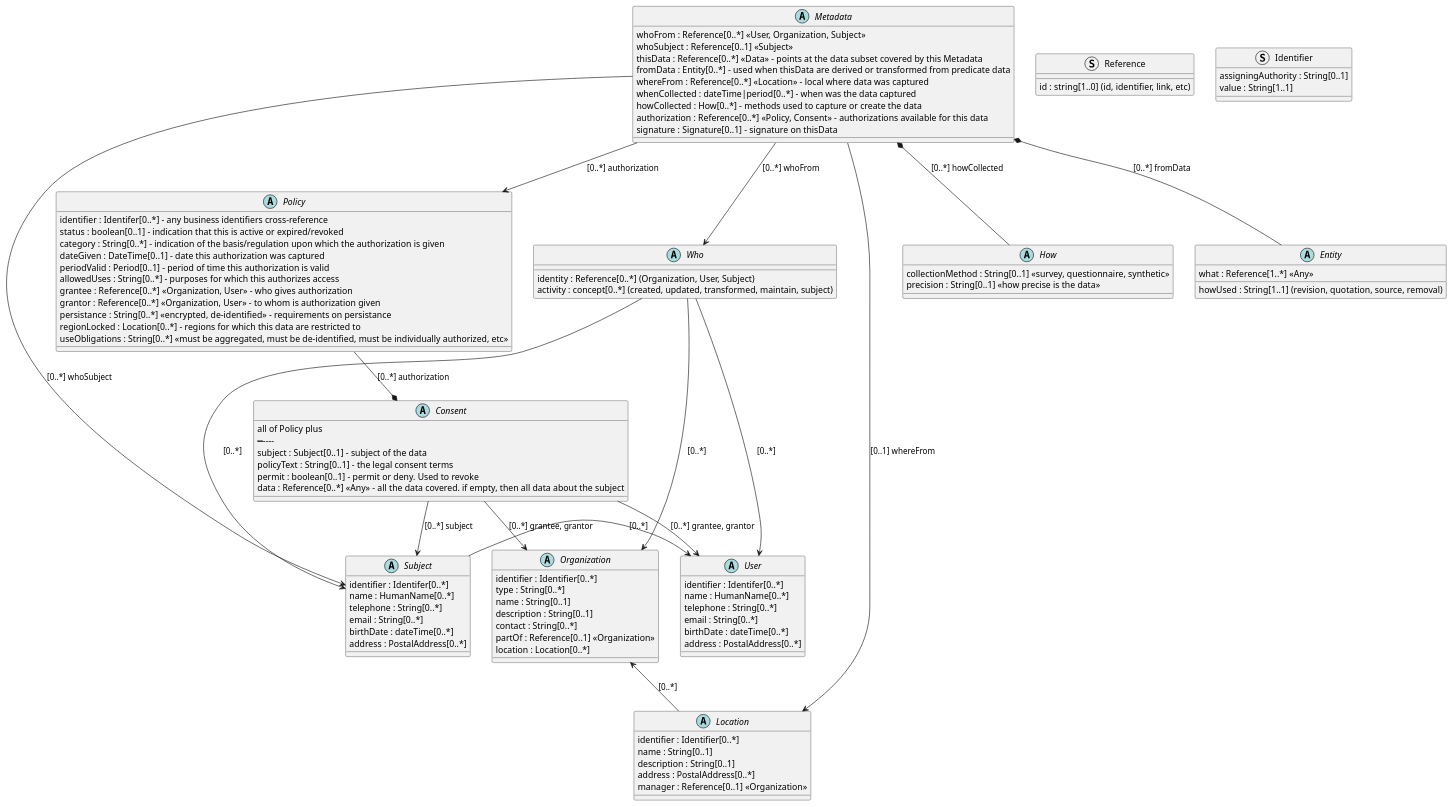
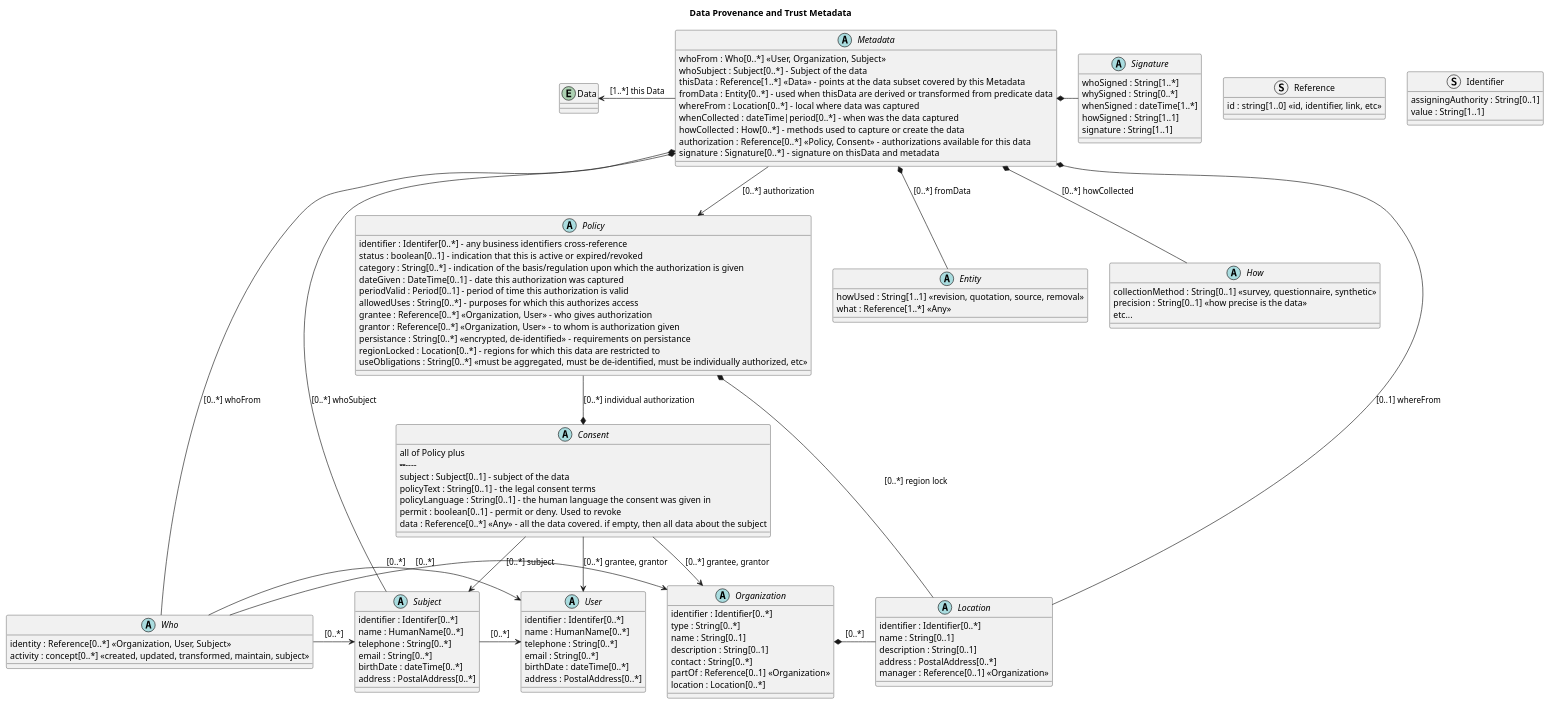
Before and after one commit to JohnMoehrke/Metadata: the diagram in metadata.plantuml, drawn with PlantUML. The commit also changed 3 other files, not shown here.

```diff
--- a/metadata.plantuml
+++ b/metadata.plantuml
@@ -1,115 +1,130 @@
-@startuml
+@startuml 
+title Data Provenance and Trust Metadata
 
 struct Reference {
-    id : string[1..0] (id, identifier, link, etc)
+    id : string[1..0] <<id, identifier, link, etc>>
 }
 
 struct Identifier { 
     assigningAuthority : String[0..1]
     value : String[1..1]
 }
 
+abstract class Signature {
+    whoSigned : String[1..*]
+    whySigned : String[0..*]
+    whenSigned : dateTime[1..*]
+    howSigned : String[1..1] 
+    signature : String[1..1] 
+}
+entity Data
+
 abstract class Metadata {
-  whoFrom : Reference[0..*] <<User, Organization, Subject>> 
-  whoSubject : Reference[0..1] <<Subject>>
-  thisData : Reference[0..*] <<Data>> - points at the data subset covered by this Metadata
+  whoFrom : Who[0..*] <<User, Organization, Subject>> 
+  whoSubject : Subject[0..*] - Subject of the data
+  thisData : Reference[1..*] <<Data>> - points at the data subset covered by this Metadata
   fromData : Entity[0..*] - used when thisData are derived or transformed from predicate data
-  whereFrom : Reference[0..*] <<Location>> - local where data was captured
+  whereFrom : Location[0..*] - local where data was captured
   whenCollected : dateTime|period[0..*] - when was the data captured
   howCollected : How[0..*] - methods used to capture or create the data
   authorization : Reference[0..*] <<Policy, Consent>> - authorizations available for this data
-  signature : Signature[0..1] - signature on thisData
+  signature : Signature[0..*] - signature on thisData and metadata
 }
-Metadata -down-> Who : [0..*] whoFrom
+Metadata *-down- Entity : [0..*] fromData
 Metadata *-down- How : [0..*] howCollected
-Metadata -down-> Subject : [0..*] whoSubject
-Metadata *-down- Entity : [0..*] fromData
-Policy -down-* Consent : [0..*] authorization
+Metadata *-down- Who : [0..*] whoFrom
+Metadata *-down- Subject : [0..*] whoSubject
 Metadata -down-> Policy : [0..*] authorization
-Metadata -down-> Location : [0..1] whereFrom
+Metadata *-down- Location : [0..1] whereFrom
+Metadata -left-> Data : [1..*] this Data
+Metadata *-right- Signature
 
 abstract class Who {
-    identity : Reference[0..*] (Organization, User, Subject)
-    activity : concept[0..*] (created, updated, transformed, maintain, subject)
+    identity : Reference[0..*] <<Organization, User, Subject>>
+    activity : concept[0..*] <<created, updated, transformed, maintain, subject>>
 }
+
 Who -> User : [0..*]
 Who -> Organization : [0..*]
 Who -> Subject : [0..*]
 
 abstract class User {
     identifier : Identifer[0..*]
     name : HumanName[0..*]
     telephone : String[0..*]
     email : String[0..*]
     birthDate : dateTime[0..*]
     address : PostalAddress[0..*]
 }
 
 abstract class Subject {
     identifier : Identifer[0..*]
     name : HumanName[0..*]
     telephone : String[0..*]
     email : String[0..*]
     birthDate : dateTime[0..*]
     address : PostalAddress[0..*]
 }
 Subject -> User : [0..*]
 
 abstract class Organization {
     identifier : Identifier[0..*]
     type : String[0..*]
     name : String[0..1]
     description : String[0..1]
     contact : String[0..*]
     partOf : Reference[0..1] <<Organization>>
     location : Location[0..*]
 }
-Organization <-down- Location : [0..*]
+Organization *- Location : [0..*]
 
 abstract class Location {
     identifier : Identifier[0..*]
     name : String[0..1]
     description : String[0..1]
     address : PostalAddress[0..*]
     manager : Reference[0..1] <<Organization>>
 }
 
 
 abstract class Entity {
-    howUsed : String[1..1] (revision, quotation, source, removal)
+    howUsed : String[1..1] <<revision, quotation, source, removal>>
     what : Reference[1..*] <<Any>>
 }
 
 abstract class How {
     collectionMethod : String[0..1] <<survey, questionnaire, synthetic>>
     precision : String[0..1] <<how precise is the data>>
+    etc...
 }
 
 abstract class Policy {
     identifier : Identifer[0..*] - any business identifiers cross-reference
     status : boolean[0..1] - indication that this is active or expired/revoked
     category : String[0..*] - indication of the basis/regulation upon which the authorization is given
     dateGiven : DateTime[0..1] - date this authorization was captured
     periodValid : Period[0..1] - period of time this authorization is valid
     allowedUses : String[0..*] - purposes for which this authorizes access
     grantee : Reference[0..*] <<Organization, User>> - who gives authorization
     grantor : Reference[0..*] <<Organization, User>> - to whom is authorization given
     persistance : String[0..*] <<encrypted, de-identified>> - requirements on persistance
     regionLocked : Location[0..*] - regions for which this data are restricted to
     useObligations : String[0..*] <<must be aggregated, must be de-identified, must be individually authorized, etc>>
 }
+Policy -down-* Consent : [0..*] individual authorization
 
 abstract class Consent {
  all of Policy plus
     --------------
     subject : Subject[0..1] - subject of the data
     policyText : String[0..1] - the legal consent terms 
+    policyLanguage : String[0..1] - the human language the consent was given in
     permit : boolean[0..1] - permit or deny. Used to revoke
     data : Reference[0..*] <<Any>> - all the data covered. if empty, then all data about the subject
 }
-
+Policy *-down- Location : [0..*] region lock
 Consent -down-> Organization : [0..*] grantee, grantor
 Consent -down-> User : [0..*] grantee, grantor
 Consent -down-> Subject : [0..*] subject
 
 @enduml
```
